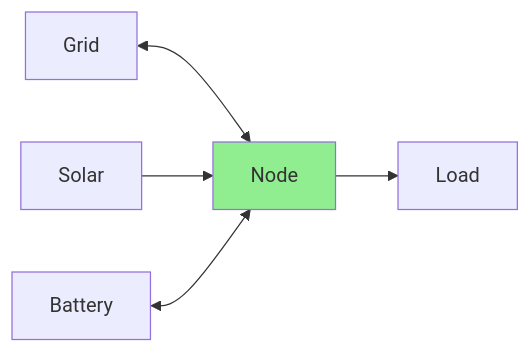
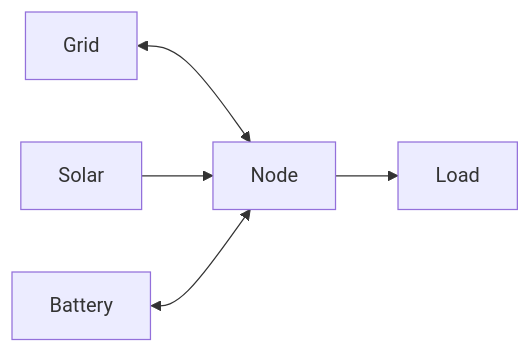
One commit to Chance-Konstruktion/haeo changed the first of 3 diagrams in docs/user-guide/elements/node.md. Above: the diagram before and after it, drawn with Mermaid. The commit also changed other lines of this file and 52 other files, not shown here.

````diff
--- a/docs/user-guide/elements/node.md
+++ b/docs/user-guide/elements/node.md
@@ -30,9 +37,9 @@
 ```mermaid
 graph LR
     Grid<-->Node[Node]
     Solar-->Node
     Battery<-->Node
     Node-->Load
 
-    style Node fill:#90EE90
+    class Node emphasis
 ```
````
